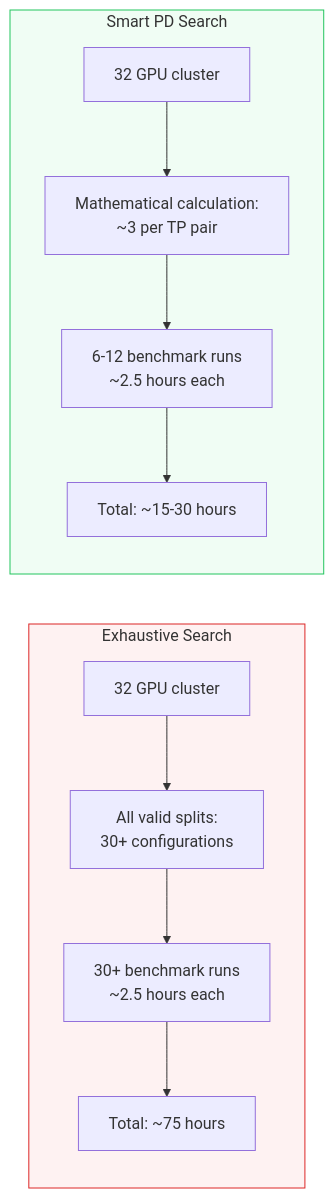
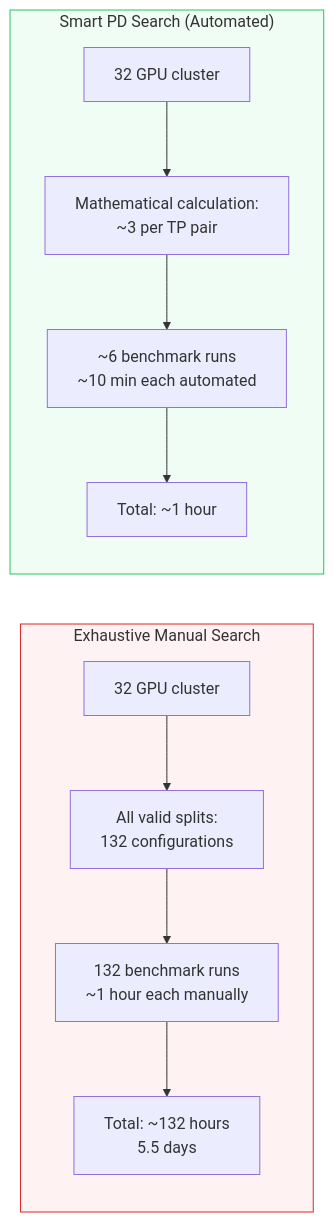
The fourth of 13 diagrams in docs/diagrams.md (openshift-psap/serveit-studio), drawn with Mermaid before and after one commit. The commit also changed other lines of this file, not shown here.

First line of the commit message:
Update diagrams.md with recent changes

````diff
--- a/docs/diagrams.md
+++ b/docs/diagrams.md
@@ -124,17 +124,17 @@
 ```mermaid
 graph LR
-    subgraph Exhaustive["Exhaustive Search"]
-        E1[32 GPU cluster] --> E2[All valid splits:<br>30+ configurations]
-        E2 --> E3[30+ benchmark runs<br>~2.5 hours each]
-        E3 --> E4[Total: ~75 hours]
+    subgraph Exhaustive["Exhaustive Manual Search"]
+        E1[32 GPU cluster] --> E2[All valid splits:<br>132 configurations]
+        E2 --> E3[132 benchmark runs<br>~1 hour each manually]
+        E3 --> E4[Total: ~132 hours<br>5.5 days]
     end
 
-    subgraph Smart["Smart PD Search"]
+    subgraph Smart["Smart PD Search (Automated)"]
         S1[32 GPU cluster] --> S2[Mathematical calculation:<br>~3 per TP pair]
-        S2 --> S3[6-12 benchmark runs<br>~2.5 hours each]
-        S3 --> S4[Total: ~15-30 hours]
+        S2 --> S3[~6 benchmark runs<br>~10 min each automated]
+        S3 --> S4[Total: ~1 hour]
     end
 
     style Exhaustive fill:#fef2f2,stroke:#dc2626
     style Smart fill:#f0fdf4,stroke:#22c55e
 ```
````
